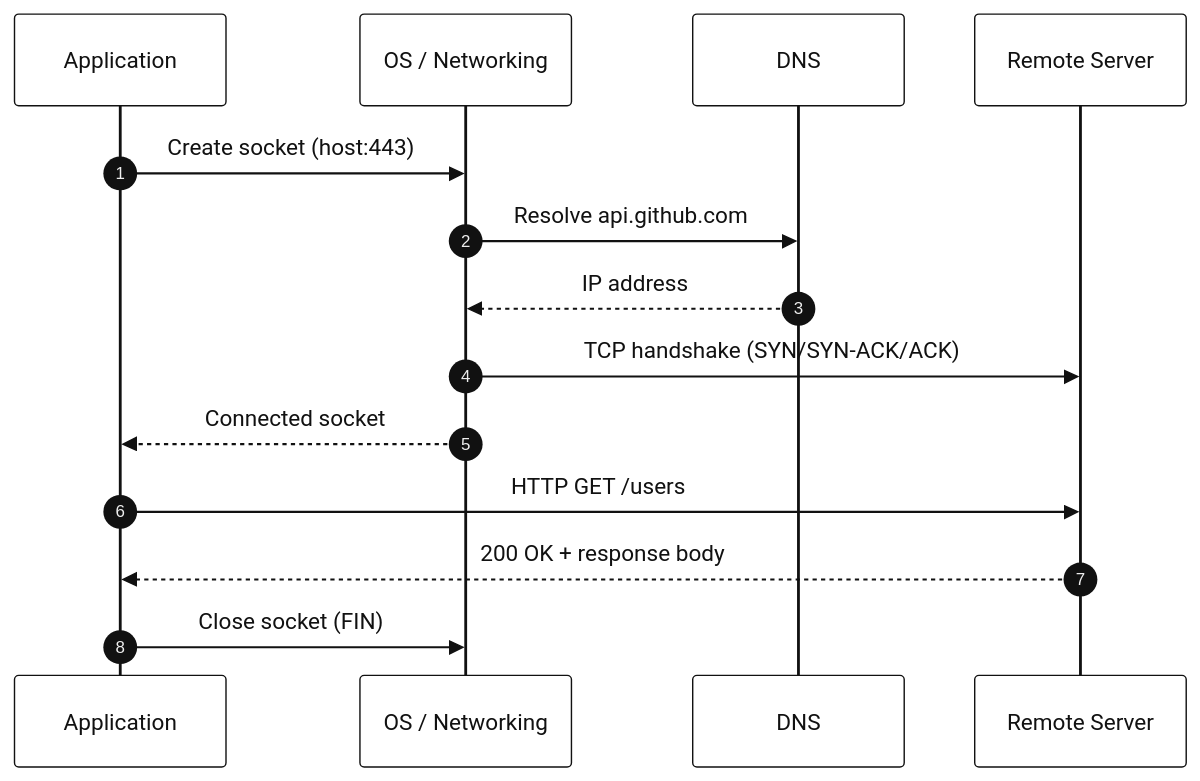
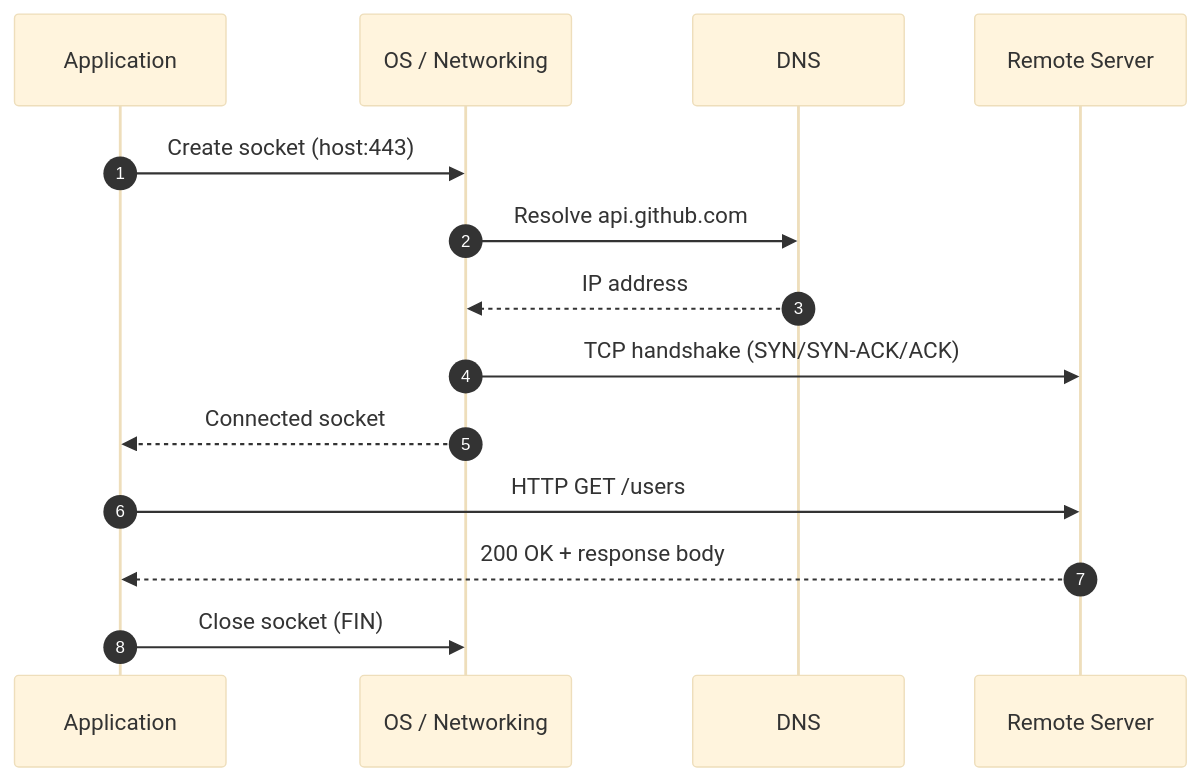
One commit to hananather/system-design changed the fourth of 5 diagrams in sockets.md. Above: the diagram before and after it, drawn with Mermaid. The commit also changed other lines of this file, not shown here.

Commit message:
Restore colorful node styles while keeping canvas background white; maintain spacing settings; fix node class colors across diagrams

````diff
--- a/sockets.md
+++ b/sockets.md
@@ -95,32 +91,24 @@
 ```mermaid
 %%{init: {
   'theme': 'base',
   'themeVariables': {
     'background': '#ffffff',
-    'primaryColor': '#ffffff',
-    'primaryTextColor': '#111111',
-    'primaryBorderColor': '#111111',
-    'lineColor': '#111111',
-    'edgeLabelBackground': '#ffffff',
-    'actorBkg': '#ffffff',
-    'noteBkgColor': '#ffffff',
-    'altBackground': '#ffffff',
     'fontFamily': 'Inter, ui-sans-serif, system-ui'
   }
 }}%%
 sequenceDiagram
   autonumber
   participant App as Application
   participant OS as OS / Networking
   participant DNS as DNS
   participant Srv as Remote Server
 
   App->>OS: Create socket (host:443)
   OS->>DNS: Resolve api.github.com
   DNS-->>OS: IP address
   OS->>Srv: TCP handshake (SYN/SYN-ACK/ACK)
   OS-->>App: Connected socket
   App->>Srv: HTTP GET /users
   Srv-->>App: 200 OK + response body
   App->>OS: Close socket (FIN)
 ```
````
